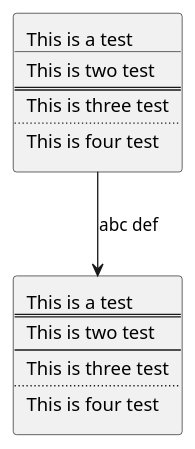
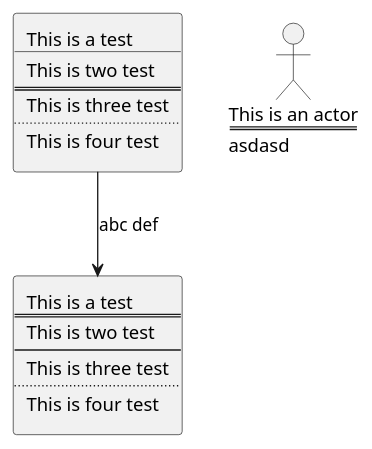
The diagram in test.puml (abunai-dev/DiagramGenerator), drawn with PlantUML before and after one commit. The commit also changed 17 other files, not shown here.

```diff
--- a/test.puml
+++ b/test.puml
@@ -1,25 +1,31 @@
 @startuml
 
 rectangle test1 [
 This is a test
 ____
 This is two test
 ====
 This is three test
 ....
 This is four test
 ]
 
 rectangle test2 [
 This is a test
 ====
 This is two test
 ----
 This is three test
 ....
 This is four test
 ]
 
 test1 --> test2 : abc def
 
+actor test3 [
+    This is an actor
+    ====
+    asdasd
+]
+
 @enduml
```
